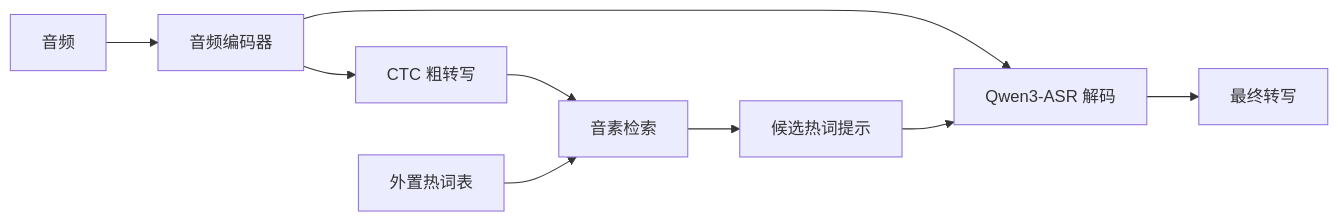
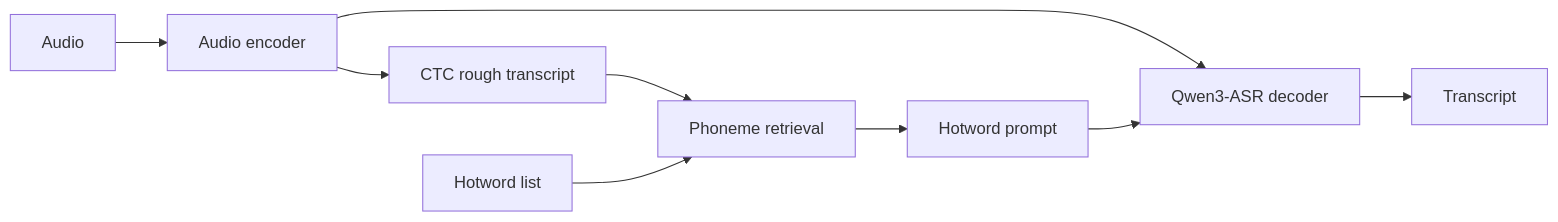
One commit to wwhNLP/qwen3-asr-hotword-toolkit changed the diagram in README.md. Above: the diagram before and after it, drawn with Mermaid. The commit also changed other lines of this file, not shown here.

````diff
--- a/README.md
+++ b/README.md
@@ -17,11 +13,11 @@
 ```mermaid
 flowchart LR
-    A[音频] --> B[音频编码器]
-    B --> C[CTC 粗转写]
-    C --> D[音素检索]
-    W[外置热词表] --> D
-    D --> E[候选热词提示]
-    B --> F[Qwen3-ASR 解码]
-    E --> F
-    F --> G[最终转写]
+    A[Audio] --> E[Audio encoder]
+    E --> C[CTC rough transcript]
+    C --> R[Phoneme retrieval]
+    H[Hotword list] --> R
+    R --> P[Hotword prompt]
+    E --> D[Qwen3-ASR decoder]
+    P --> D
+    D --> T[Transcript]
 ```
````
